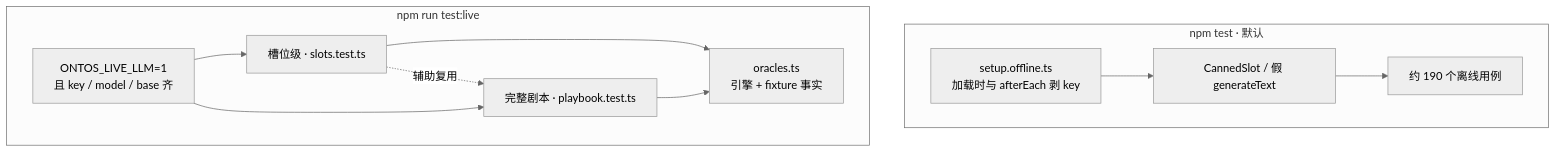
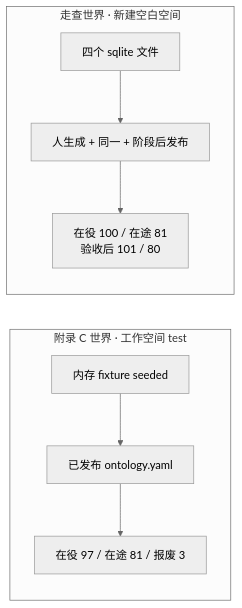
The second of 2 diagrams in docs/真模型端到端测试.md (majiang213/Ontos), drawn with Mermaid (neutral theme) before and after one commit. The commit also changed other lines of this file and 15 other files, not shown here.

Commit message:
取值来源词表单源化：新增 schema/valueShape（FROM_KEYS/EXPR_LIKE/isFromOnly/propertyRef/isPlainLiteral），expr 求值、validate 静态四查、actionView 表单白名单、forms 往返全部改吃这一份原语——同口径从注释约定变成单点事实

````diff
--- a/docs/真模型端到端测试.md
+++ b/docs/真模型端到端测试.md
@@ -106,18 +130,15 @@
 ```mermaid
-flowchart TB
-  subgraph offline [npm test · 默认]
-    SetupOff["setup.offline.ts<br/>加载时与 afterEach 剥 key"]
-    Canned["CannedSlot / 假 generateText"]
-    Golden["约 190 个离线用例"]
-    SetupOff --> Canned --> Golden
+flowchart LR
+  subgraph appendix [附录 C 世界 · 工作空间 test]
+    F1["内存 fixture seeded"]
+    Y1["已发布 ontology.yaml"]
+    N1["在役 97 / 在途 81 / 报废 3"]
+    F1 --> Y1 --> N1
   end
-  subgraph live [npm run test:live]
-    Gate["ONTOS_LIVE_LLM=1<br/>且 key / model / base 齐"]
-    SlotTests["槽位级 · slots.test.ts"]
-    Playbook["完整剧本 · playbook.test.ts"]
-    Oracle["oracles.ts<br/>引擎 + fixture 事实"]
-    Gate --> SlotTests --> Oracle
-    Gate --> Playbook --> Oracle
-    SlotTests -.->|"辅助复用"| Playbook
+  subgraph stage [走查世界 · 新建空白空间]
+    F2["四个 sqlite 文件"]
+    Y2["人生成 + 同一 + 阶段后发布"]
+    N2["在役 100 / 在途 81<br/>验收后 101 / 80"]
+    F2 --> Y2 --> N2
   end
 ```
````
